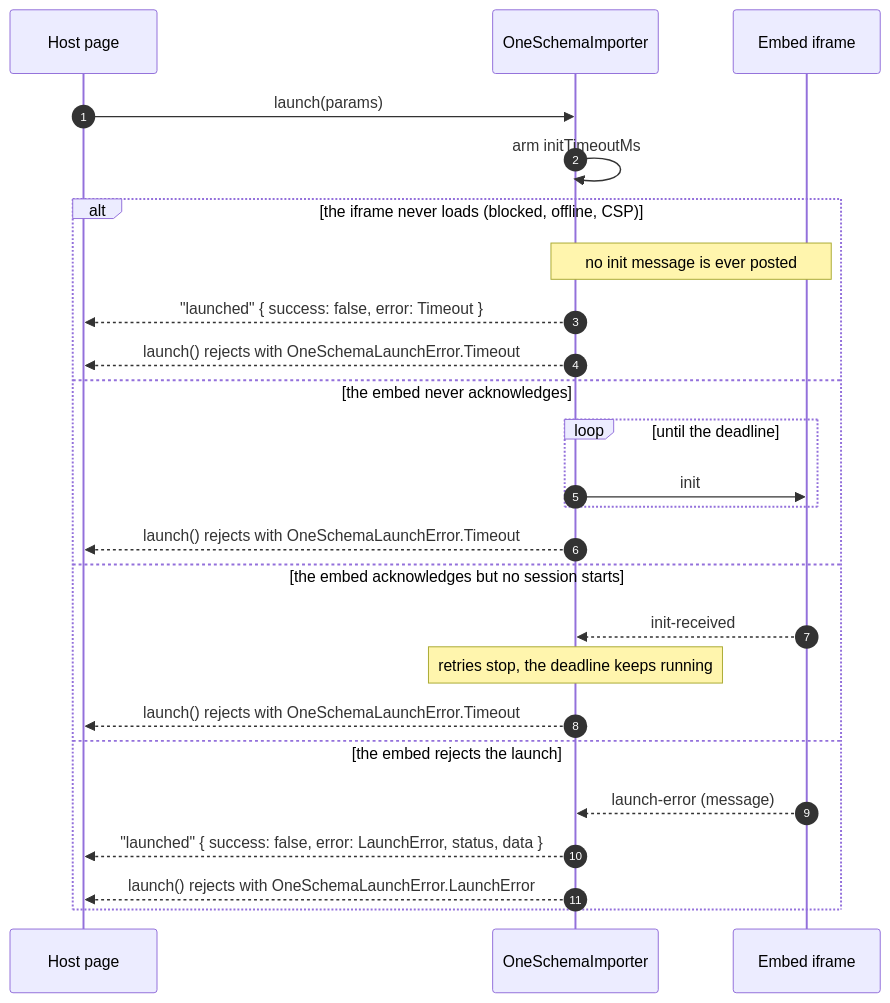
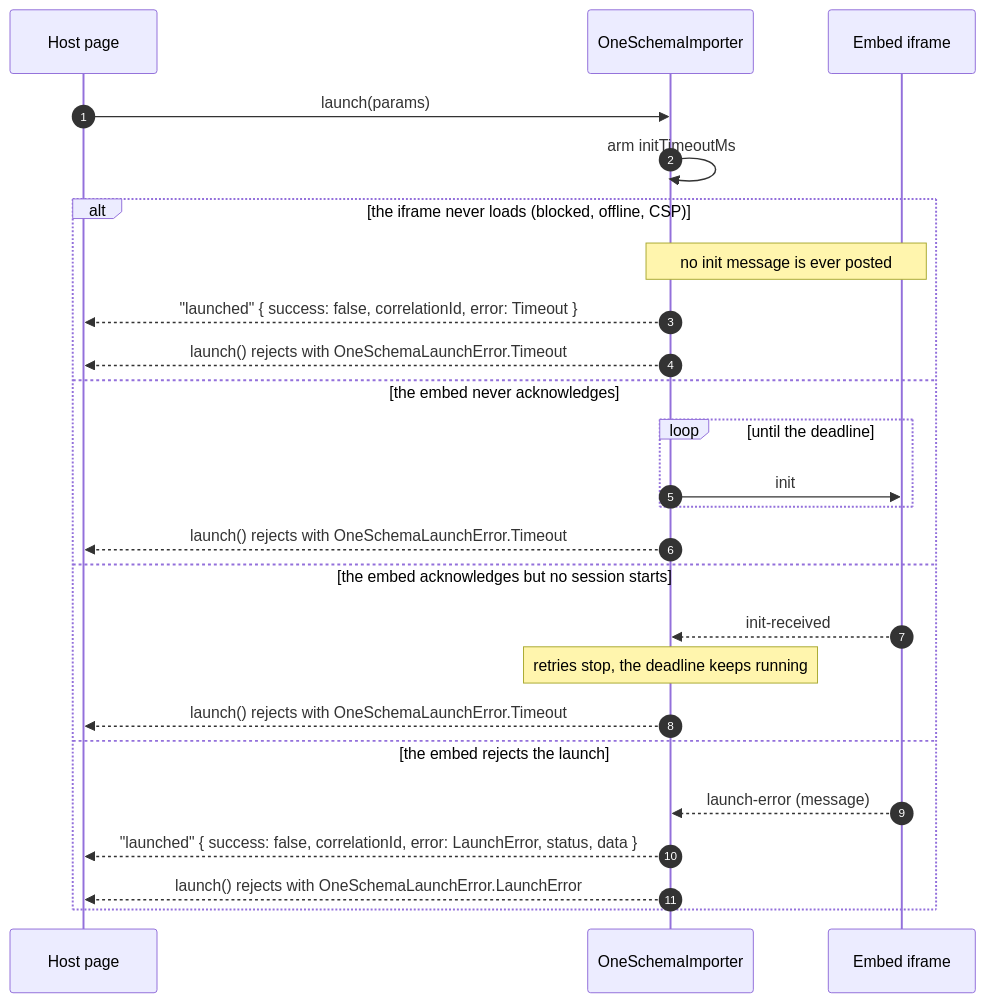
Before and after one commit to oneschema/sdk: the second of 3 diagrams in packages/importer/LAUNCH-SEQUENCE.md, drawn with Mermaid. The commit also changed 1 other file, not shown here.

Commit message:
docs(importer): show correlationId in every documented launch result

````diff
--- a/packages/importer/LAUNCH-SEQUENCE.md
+++ b/packages/importer/LAUNCH-SEQUENCE.md
@@ -45,29 +45,29 @@
 ```mermaid
 sequenceDiagram
     autonumber
     participant Host as Host page
     participant SDK as OneSchemaImporter
     participant Embed as Embed iframe
 
     Host->>SDK: launch(params)
     SDK->>SDK: arm initTimeoutMs
 
     alt the iframe never loads (blocked, offline, CSP)
         Note over SDK,Embed: no init message is ever posted
-        SDK-->>Host: "launched" { success: false, error: Timeout }
+        SDK-->>Host: "launched" { success: false, correlationId, error: Timeout }
         SDK-->>Host: launch() rejects with OneSchemaLaunchError.Timeout
     else the embed never acknowledges
         loop until the deadline
             SDK->>Embed: init
         end
         SDK-->>Host: launch() rejects with OneSchemaLaunchError.Timeout
     else the embed acknowledges but no session starts
         Embed-->>SDK: init-received
         Note over SDK: retries stop, the deadline keeps running
         SDK-->>Host: launch() rejects with OneSchemaLaunchError.Timeout
     else the embed rejects the launch
         Embed-->>SDK: launch-error (message)
-        SDK-->>Host: "launched" { success: false, error: LaunchError, status, data }
+        SDK-->>Host: "launched" { success: false, correlationId, error: LaunchError, status, data }
         SDK-->>Host: launch() rejects with OneSchemaLaunchError.LaunchError
     end
 ```
````
